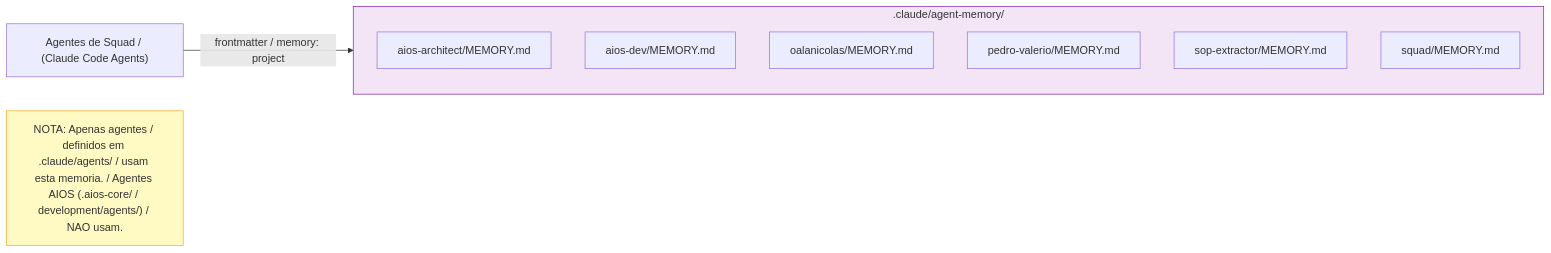
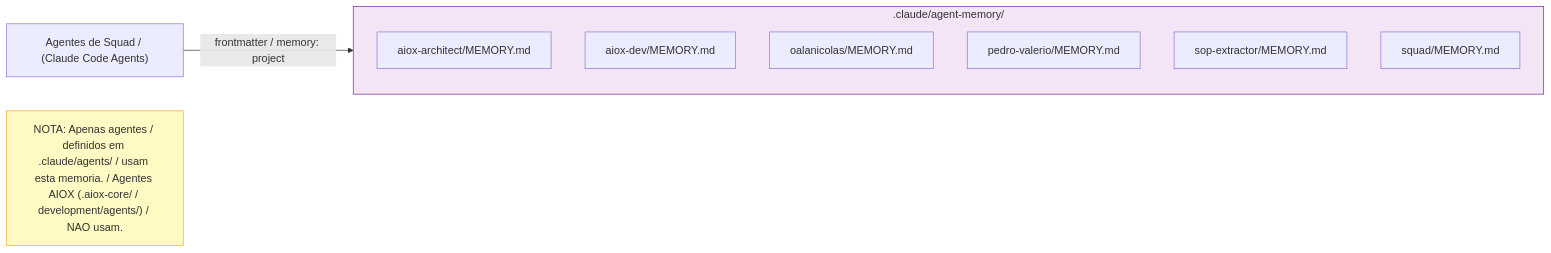
One commit to bychrisr/aios-docs changed the fifth of 18 diagrams in content/en/docs/guides/MEMORY-SYSTEM.mdx. Above: the diagram before and after it, drawn with Mermaid. The commit also changed other lines of this file and 564 other files, not shown here.

Commit message:
chore(sync): auto-sync from aios-core 2026-03-05 [skip ci]

````diff
--- a/content/en/docs/guides/MEMORY-SYSTEM.mdx
+++ b/content/en/docs/guides/MEMORY-SYSTEM.mdx
@@ -231,18 +231,18 @@
 ```mermaid
 flowchart LR
     subgraph AGENT_MEM[".claude/agent-memory/"]
-        AM1["aios-architect/MEMORY.md"]
-        AM2["aios-dev/MEMORY.md"]
+        AM1["aiox-architect/MEMORY.md"]
+        AM2["aiox-dev/MEMORY.md"]
         AM3["oalanicolas/MEMORY.md"]
         AM4["pedro-valerio/MEMORY.md"]
         AM5["sop-extractor/MEMORY.md"]
         AM6["squad/MEMORY.md"]
     end
 
     SQUAD_AGENTS["Agentes de Squad / (Claude Code Agents)"] -->|"frontmatter / memory: project"| AGENT_MEM
 
-    NOTE["NOTA: Apenas agentes / definidos em .claude/agents/ / usam esta memoria. / Agentes AIOS (.aios-core/ / development/agents/) / NAO usam."]
+    NOTE["NOTA: Apenas agentes / definidos em .claude/agents/ / usam esta memoria. / Agentes AIOX (.aiox-core/ / development/agents/) / NAO usam."]
 
     style AGENT_MEM fill:#F3E5F5,stroke:#7B1FA2
     style NOTE fill:#FFF9C4,stroke:#F9A825
 ```
````
